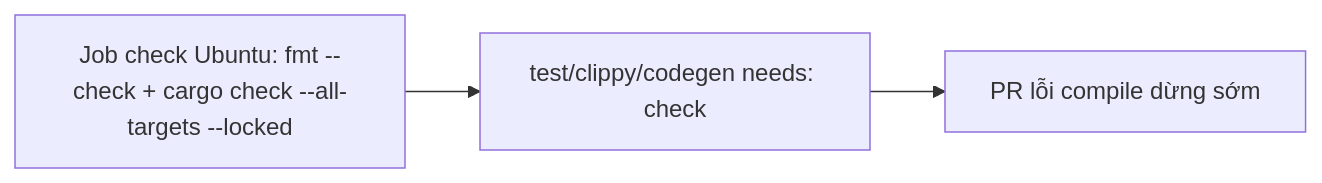
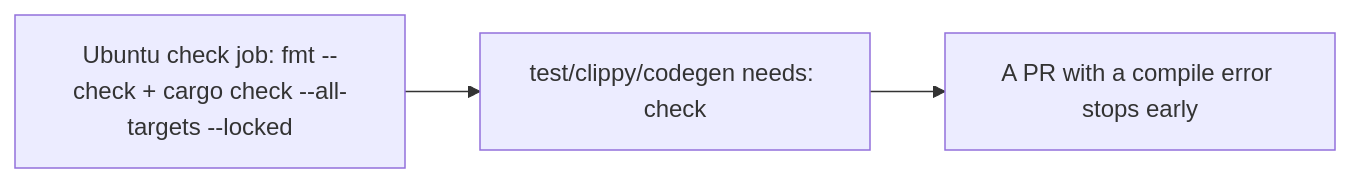
Before and after one commit to jangtrinh/design-os-studio: the diagram in plans/specs/v0.7-effects-export/us/US-11.md, drawn with Mermaid. The commit also changed other lines of this file and 38 other files, not shown here.

````diff
--- a/plans/specs/v0.7-effects-export/us/US-11.md
+++ b/plans/specs/v0.7-effects-export/us/US-11.md
@@ -38,5 +38,5 @@
 ```mermaid
 flowchart LR
-  A["Job check Ubuntu: fmt --check + cargo check --all-targets --locked"] --> B["test/clippy/codegen needs: check"]
-  B --> C["PR lỗi compile dừng sớm"]
+  A["Ubuntu check job: fmt --check + cargo check --all-targets --locked"] --> B["test/clippy/codegen needs: check"]
+  B --> C["A PR with a compile error stops early"]
 ```
````
